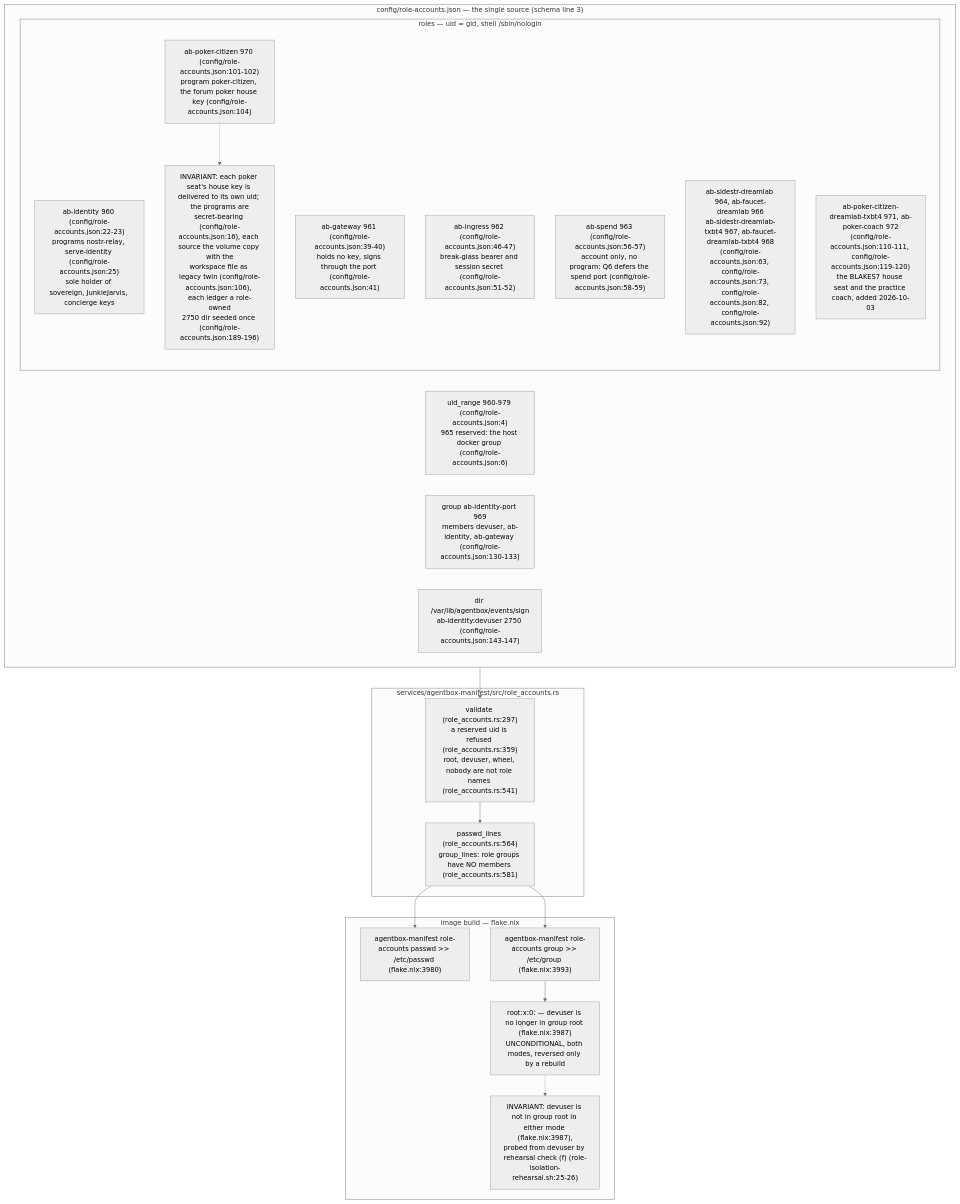
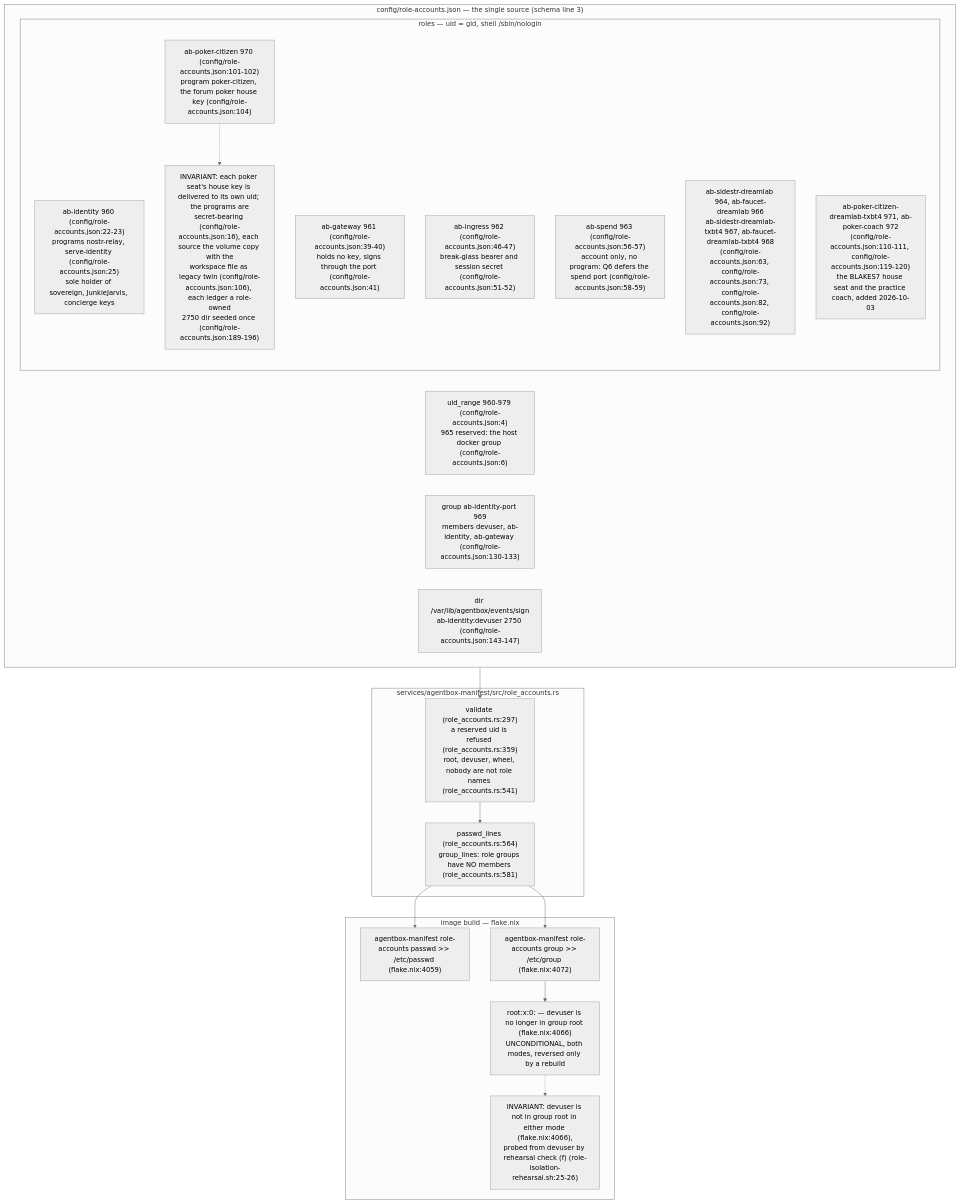
Before and after one commit to DreamLab-AI/VisionFlow: the first of 7 diagrams in docs/diagrams/agentbox/36-role-isolation-and-identity-port.md, drawn with Mermaid (neutral theme). The commit also changed other lines of this file and 160 other files, not shown here.

````diff
--- a/docs/diagrams/agentbox/36-role-isolation-and-identity-port.md
+++ b/docs/diagrams/agentbox/36-role-isolation-and-identity-port.md
@@ -46,32 +48,32 @@
 ```mermaid
 flowchart TB
     subgraph TABLE["config/role-accounts.json — the single source (schema line 3)"]
         RANGE["uid_range 960-979 (config/role-accounts.json:4)<br/>965 reserved: the host docker group (config/role-accounts.json:6)"]
         subgraph ROLES["roles — uid = gid, shell /sbin/nologin"]
             ID["ab-identity 960 (config/role-accounts.json:22-23)<br/>programs nostr-relay, serve-identity (config/role-accounts.json:25)<br/>sole holder of sovereign, JunkieJarvis, concierge keys"]
             GW["ab-gateway 961 (config/role-accounts.json:39-40)<br/>holds no key, signs through the port (config/role-accounts.json:41)"]
             IN["ab-ingress 962 (config/role-accounts.json:46-47)<br/>break-glass bearer and session secret (config/role-accounts.json:51-52)"]
             SP["ab-spend 963 (config/role-accounts.json:56-57)<br/>account only, no program: Q6 defers the spend port (config/role-accounts.json:58-59)"]
             CH["ab-sidestr-dreamlab 964, ab-faucet-dreamlab 966<br/>ab-sidestr-dreamlab-txbt4 967, ab-faucet-dreamlab-txbt4 968<br/>(config/role-accounts.json:63, config/role-accounts.json:73, config/role-accounts.json:82, config/role-accounts.json:92)"]
             PK["ab-poker-citizen 970 (config/role-accounts.json:101-102)<br/>program poker-citizen, the forum poker house key (config/role-accounts.json:104)"]
             PK2["ab-poker-citizen-dreamlab-txbt4 971, ab-poker-coach 972<br/>(config/role-accounts.json:110-111, config/role-accounts.json:119-120)<br/>the BLAKES7 house seat and the practice coach, added 2026-10-03"]
             PK -.-> N2["INVARIANT: each poker seat's house key is delivered to its own uid; the programs are<br/>secret-bearing (config/role-accounts.json:16), each source the volume copy with the<br/>workspace file as legacy twin (config/role-accounts.json:106), each ledger a role-owned<br/>2750 dir seeded once (config/role-accounts.json:189-196)"]
         end
         GRP["group ab-identity-port 969<br/>members devuser, ab-identity, ab-gateway (config/role-accounts.json:130-133)"]
         DIR["dir /var/lib/agentbox/events/sign<br/>ab-identity:devuser 2750 (config/role-accounts.json:143-147)"]
     end
     subgraph BUILD["image build — flake.nix"]
-        PW["agentbox-manifest role-accounts passwd >> /etc/passwd (flake.nix:3980)"]
-        GR["agentbox-manifest role-accounts group >> /etc/group (flake.nix:3993)"]
-        ROOTG["root:x:0: — devuser is no longer in group root (flake.nix:3987)<br/>UNCONDITIONAL, both modes, reversed only by a rebuild"]
-        ROOTG -.-> N1["INVARIANT: devuser is not in group root in either mode (flake.nix:3987),<br/>probed from devuser by rehearsal check (f) (role-isolation-rehearsal.sh:25-26)"]
+        PW["agentbox-manifest role-accounts passwd >> /etc/passwd (flake.nix:4059)"]
+        GR["agentbox-manifest role-accounts group >> /etc/group (flake.nix:4072)"]
+        ROOTG["root:x:0: — devuser is no longer in group root (flake.nix:4066)<br/>UNCONDITIONAL, both modes, reversed only by a rebuild"]
+        ROOTG -.-> N1["INVARIANT: devuser is not in group root in either mode (flake.nix:4066),<br/>probed from devuser by rehearsal check (f) (role-isolation-rehearsal.sh:25-26)"]
     end
     subgraph RUST["services/agentbox-manifest/src/role_accounts.rs"]
         VAL["validate (role_accounts.rs:297)<br/>a reserved uid is refused (role_accounts.rs:359)<br/>root, devuser, wheel, nobody are not role names (role_accounts.rs:541)"]
         LINES["passwd_lines (role_accounts.rs:564)<br/>group_lines: role groups have NO members (role_accounts.rs:581)"]
     end
     TABLE --> VAL --> LINES
     LINES --> PW
     LINES --> GR
     GR --> ROOTG
 ```
````
